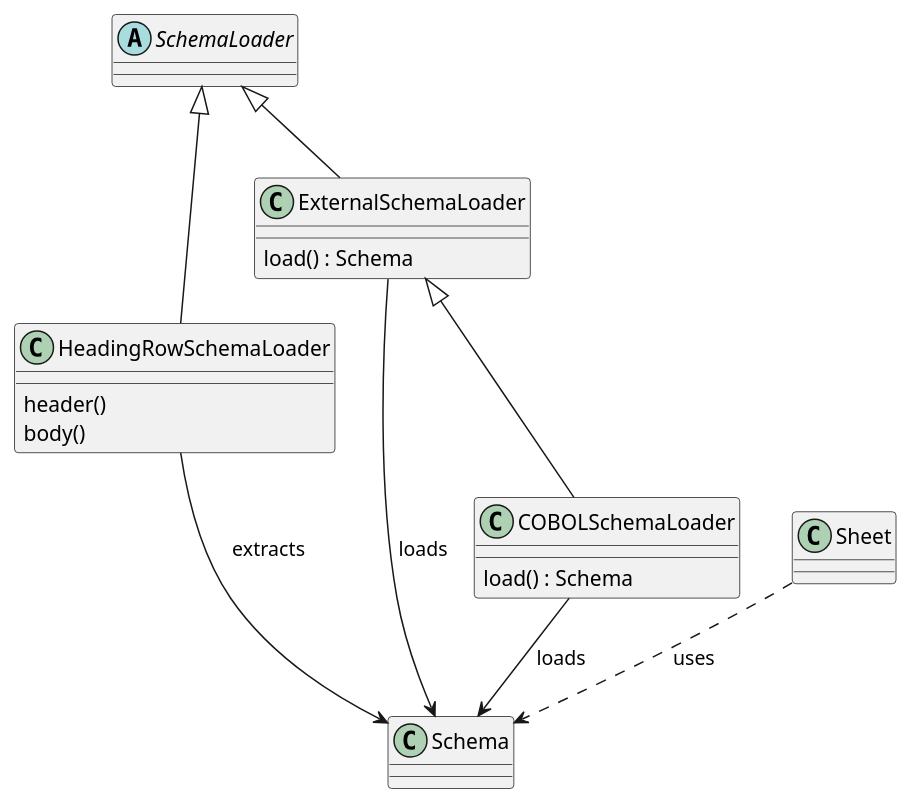
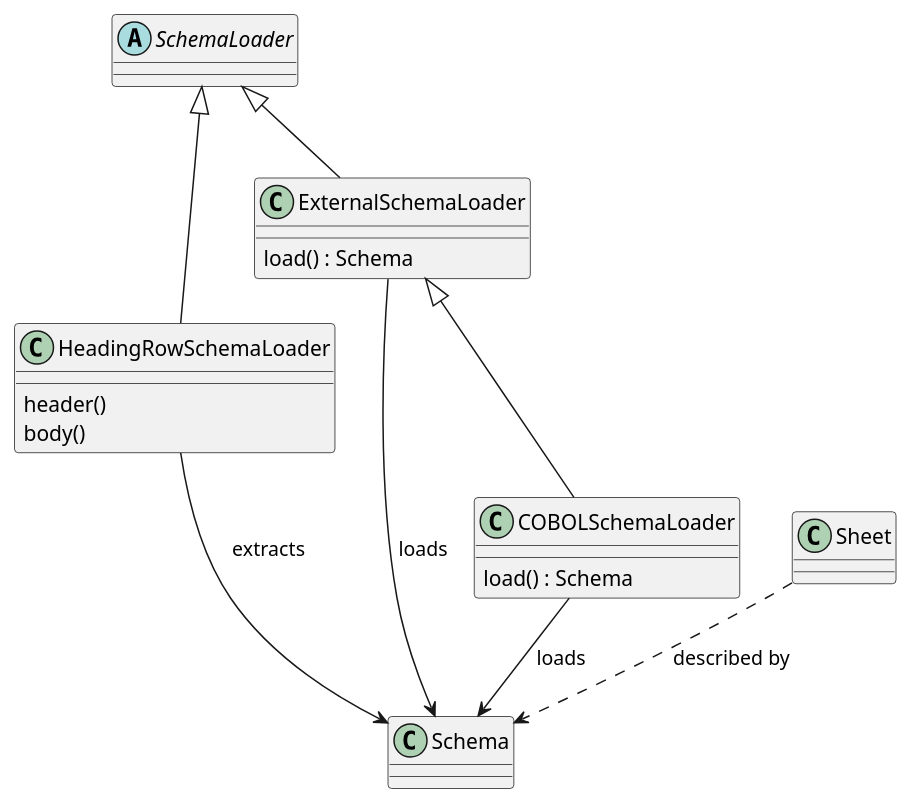
One commit to slott56/Stingray-Reader changed the second of 3 diagrams in docs/source/developer.rst. Above: the diagram before and after it, drawn with PlantUML. The commit also changed other lines of this file and 299 other files, not shown here.

```diff
--- a/docs/source/developer.rst
+++ b/docs/source/developer.rst
@@ -128,29 +123,29 @@
 ..  uml::
 
     @startuml
     class Schema
 
     abstract class SchemaLoader
     class HeadingRowSchemaLoader {
         header()
         body()
     }
     class ExternalSchemaLoader {
         load() : Schema
     }
     class COBOLSchemaLoader {
         load() : Schema
     }
 
     SchemaLoader <|-- HeadingRowSchemaLoader
     SchemaLoader <|-- ExternalSchemaLoader
     ExternalSchemaLoader <|-- COBOLSchemaLoader
 
     HeadingRowSchemaLoader --> Schema : "extracts"
     ExternalSchemaLoader --> Schema : "loads"
     COBOLSchemaLoader --> Schema : "loads"
 
     class Sheet
-    Sheet ..> Schema : "uses"
+    Sheet ..> Schema : "described by"
 
     @enduml
```
